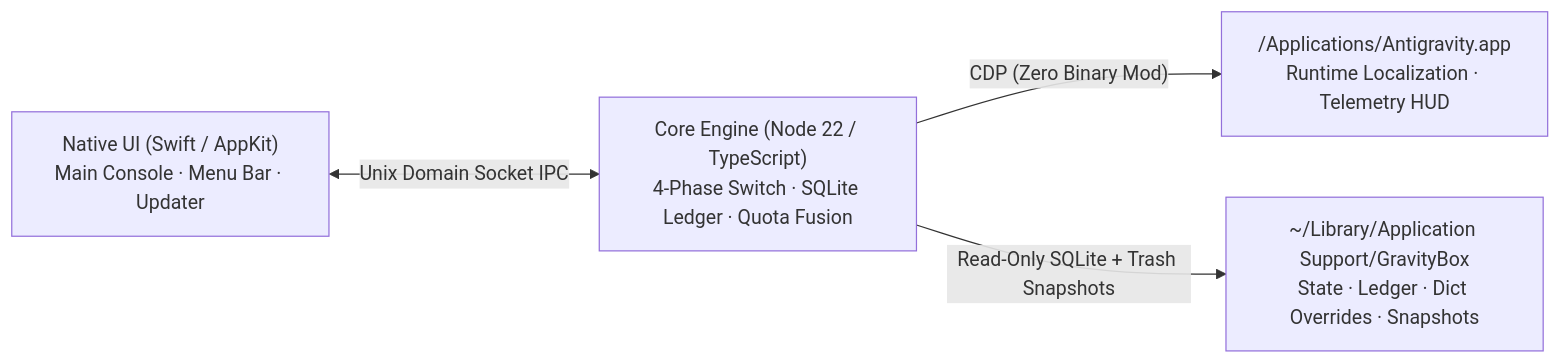
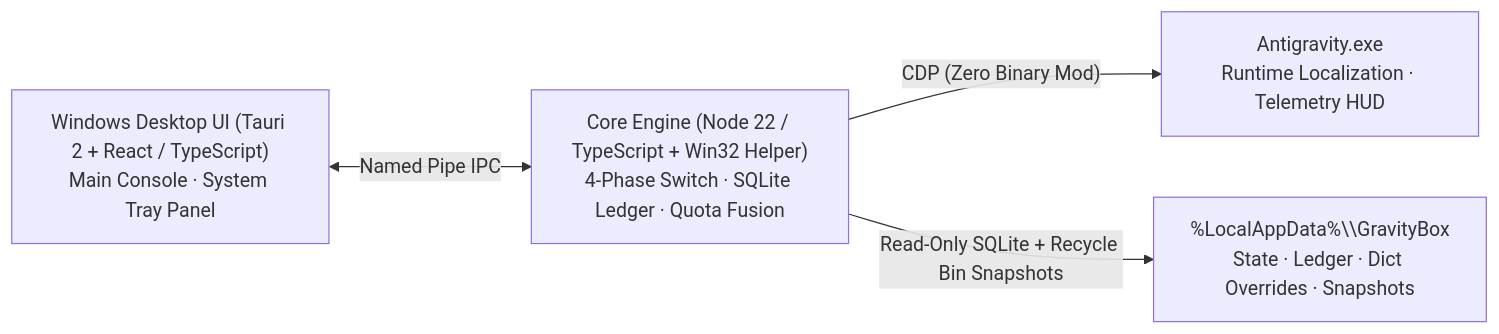
The diagram in README_EN.md (Citrus0914/gravitybox-windows), drawn with Mermaid before and after one commit. The commit also changed other lines of this file and 6 other files, not shown here.

````diff
--- a/README_EN.md
+++ b/README_EN.md
@@ -387,6 +383,6 @@
 ```mermaid
 flowchart LR
-  UI["Native UI (Swift / AppKit)<br/>Main Console · Menu Bar · Updater"] <-->|"Unix Domain Socket IPC"| Core["Core Engine (Node 22 / TypeScript)<br/>4-Phase Switch · SQLite Ledger · Quota Fusion"]
-  Core -->|"CDP (Zero Binary Mod)"| IDE["/Applications/Antigravity.app<br/>Runtime Localization · Telemetry HUD"]
-  Core -->|"Read-Only SQLite + Trash Snapshots"| Local["~/Library/Application Support/GravityBox<br/>State · Ledger · Dict Overrides · Snapshots"]
+  UI["Windows Desktop UI (Tauri 2 + React / TypeScript)<br/>Main Console · System Tray Panel"] <-->|"Named Pipe IPC"| Core["Core Engine (Node 22 / TypeScript + Win32 Helper)<br/>4-Phase Switch · SQLite Ledger · Quota Fusion"]
+  Core -->|"CDP (Zero Binary Mod)"| IDE["Antigravity.exe<br/>Runtime Localization · Telemetry HUD"]
+  Core -->|"Read-Only SQLite + Recycle Bin Snapshots"| Local["%LocalAppData%\\GravityBox<br/>State · Ledger · Dict Overrides · Snapshots"]
 ```
````
